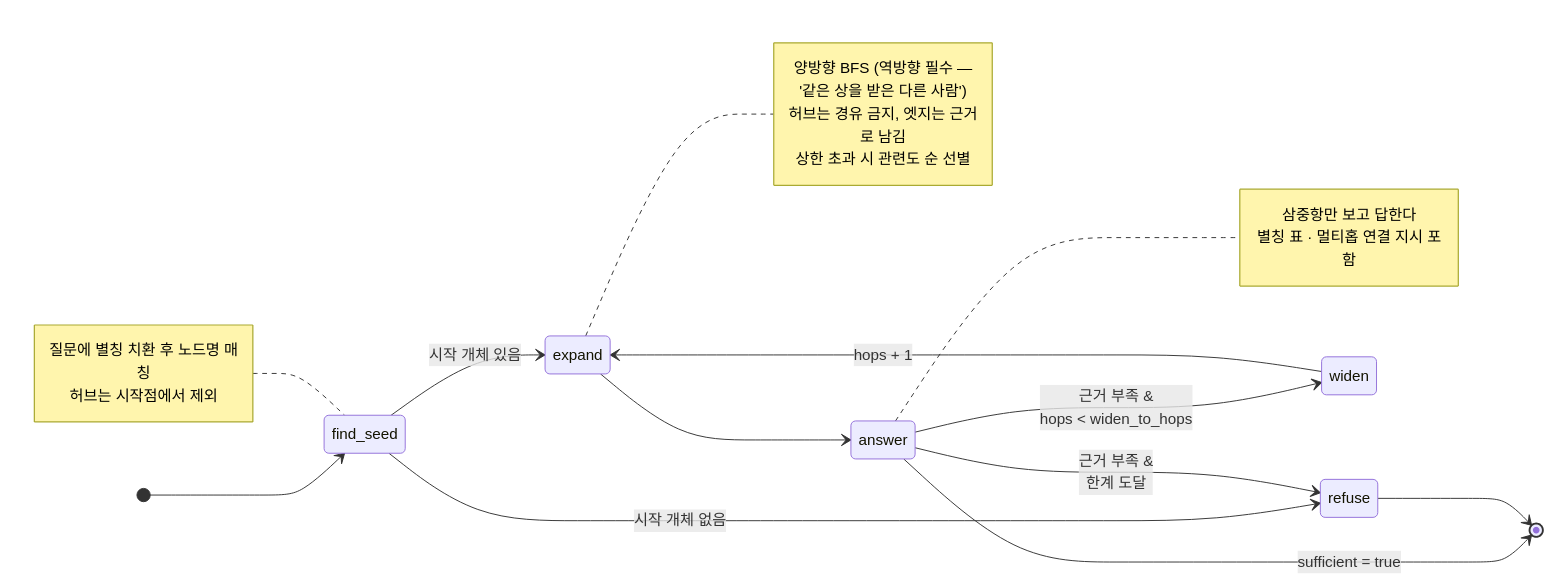
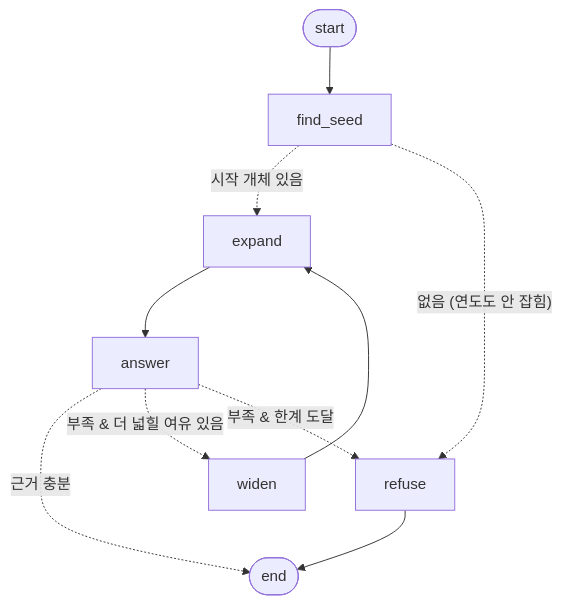
Before and after one commit to hey-byeunya/my-graph-agent: the diagram in REPORT.md, drawn with Mermaid. The commit also changed other lines of this file and 18 other files, not shown here.

First line of the commit message:
feat: 연도 조회 구현 + 구조도·데모 UI 정비

````diff
--- a/REPORT.md
+++ b/REPORT.md
@@ -273,35 +263,12 @@
 ```mermaid
-stateDiagram-v2
-  direction LR
-  [*] --> find_seed
-
-  find_seed --> expand : 시작 개체 있음
-  find_seed --> refuse : 시작 개체 없음
-
-  expand --> answer
-
-  answer --> [*] : sufficient = true
-  answer --> widen : 근거 부족 &<br/>hops < widen_to_hops
-  answer --> refuse : 근거 부족 &<br/>한계 도달
-
-  widen --> expand : hops + 1
-
-  refuse --> [*]
-
-  note left of find_seed
-    질문에 별칭 치환 후 노드명 매칭
-    허브는 시작점에서 제외
-  end note
-
-  note right of expand
-    양방향 BFS (역방향 필수 —
-    '같은 상을 받은 다른 사람')
-    허브는 경유 금지, 엣지는 근거로 남김
-    상한 초과 시 관련도 순 선별
-  end note
-
-  note right of answer
-    삼중항만 보고 답한다
-    별칭 표 · 멀티홉 연결 지시 포함
-  end note
+graph TD;
+	__start__([start]) --> find_seed
+	find_seed -. "시작 개체 있음" .-> expand
+	find_seed -. "없음 (연도도 안 잡힘)" .-> refuse
+	expand --> answer
+	answer -. "근거 충분" .-> __end__([end])
+	answer -. "부족 & 더 넓힐 여유 있음" .-> widen
+	answer -. "부족 & 한계 도달" .-> refuse
+	widen --> expand
+	refuse --> __end__
 ```
````
